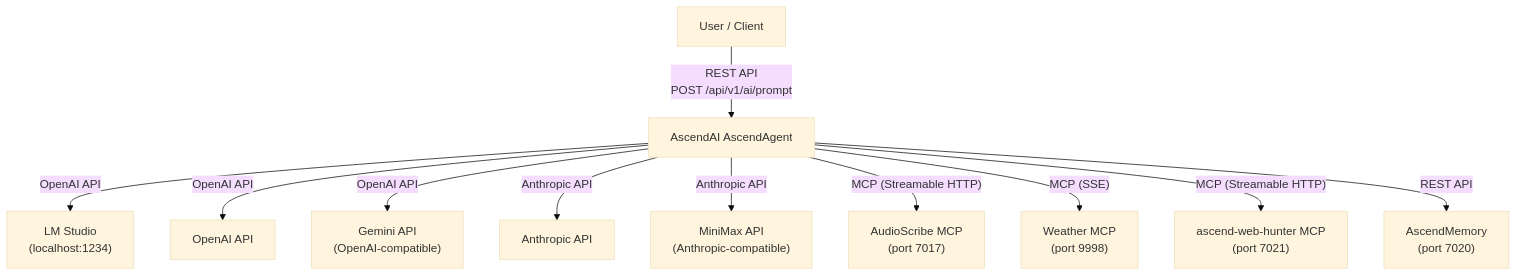
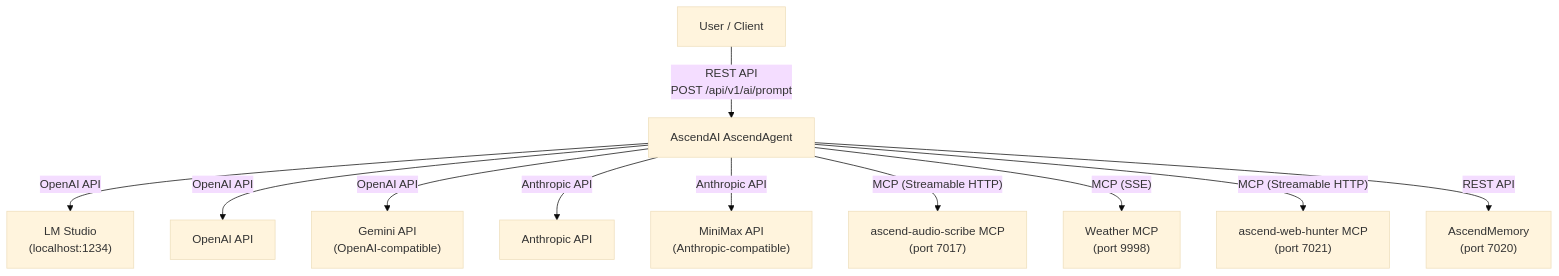
Before and after one commit to Lukk17/AscendAI: the diagram in AscendAgent/docs/architecture/arc42/03-context-and-scope.md, drawn with Mermaid (base theme). The commit also changed 218 other files, not shown here.

````diff
--- a/AscendAgent/docs/architecture/arc42/03-context-and-scope.md
+++ b/AscendAgent/docs/architecture/arc42/03-context-and-scope.md
@@ -7,25 +7,25 @@
 ```mermaid
 graph TB
     User["User / Client"]
     AscendAgent["AscendAI AscendAgent"]
     LMStudio["LM Studio<br/>(localhost:1234)"]
     OpenAI["OpenAI API"]
     Gemini["Gemini API<br/>(OpenAI-compatible)"]
     Anthropic["Anthropic API"]
     MiniMax["MiniMax API<br/>(Anthropic-compatible)"]
-    AudioScribe["AudioScribe MCP<br/>(port 7017)"]
+    AudioScribe["ascend-audio-scribe MCP<br/>(port 7017)"]
     Weather["Weather MCP<br/>(port 9998)"]
     WebHunter["ascend-web-hunter MCP<br/>(port 7021)"]
     Memory["AscendMemory<br/>(port 7020)"]
 
     User -->|"REST API<br/>POST /api/v1/ai/prompt"| AscendAgent
     AscendAgent -->|"OpenAI API"| LMStudio
     AscendAgent -->|"OpenAI API"| OpenAI
     AscendAgent -->|"OpenAI API"| Gemini
     AscendAgent -->|"Anthropic API"| Anthropic
     AscendAgent -->|"Anthropic API"| MiniMax
     AscendAgent -->|"MCP (Streamable HTTP)"| AudioScribe
     AscendAgent -->|"MCP (SSE)"| Weather
     AscendAgent -->|"MCP (Streamable HTTP)"| WebHunter
     AscendAgent -->|"REST API"| Memory
 ```
````
